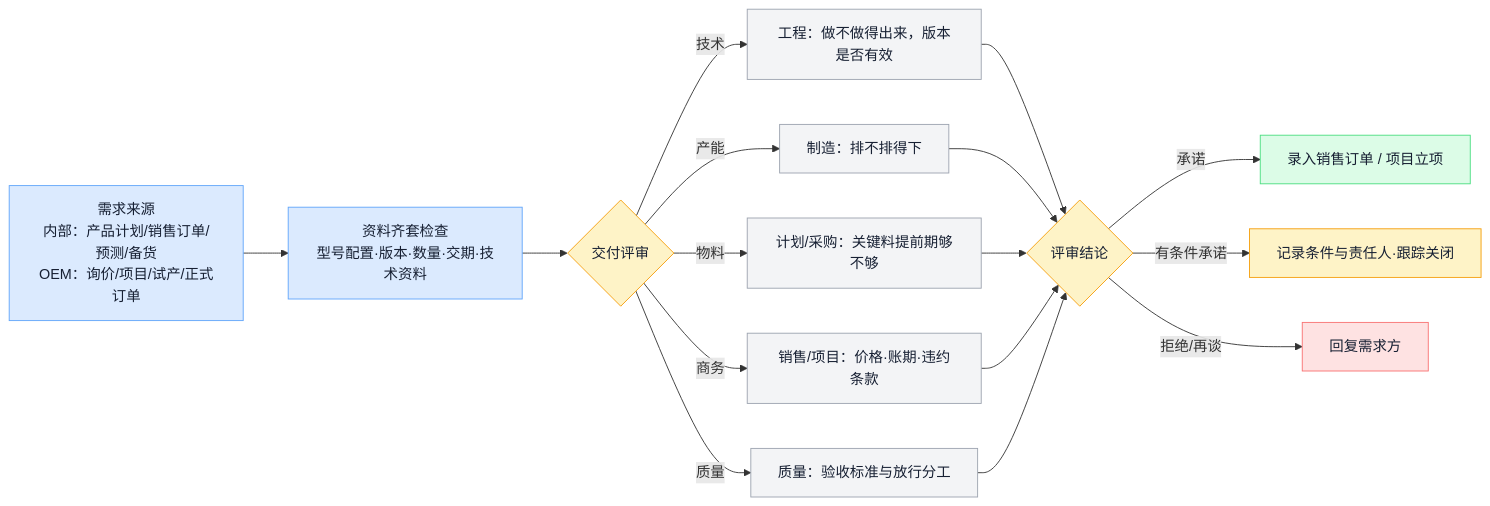
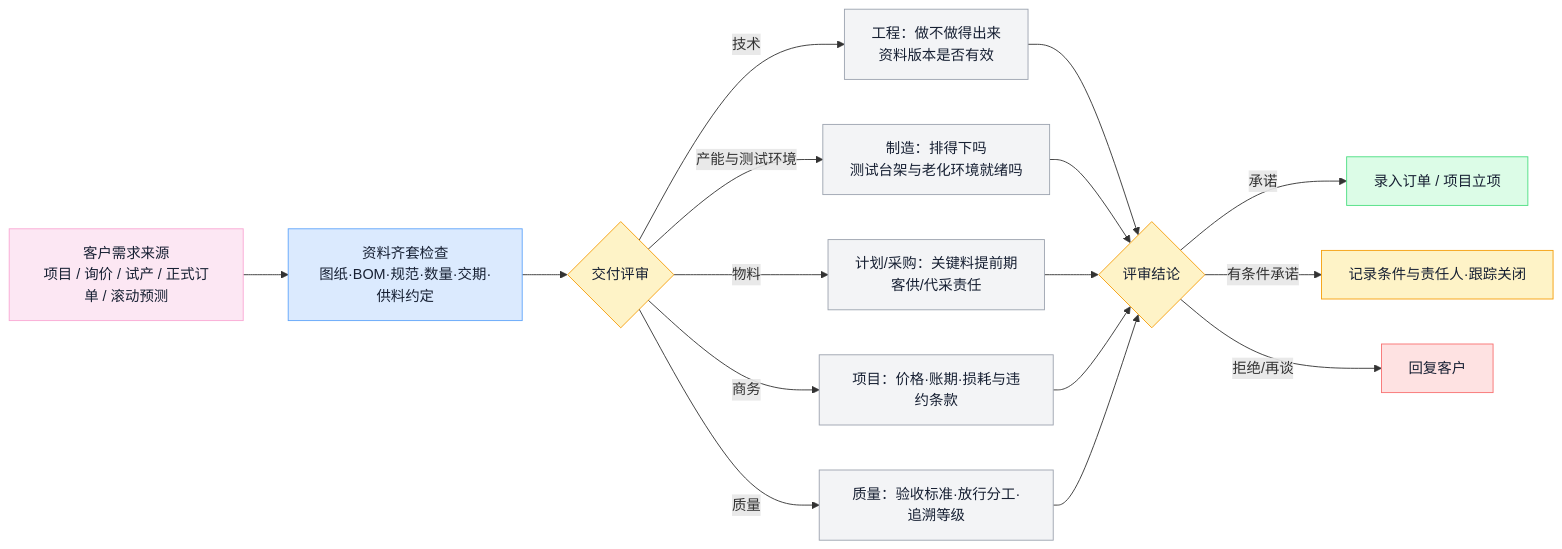
Before and after one commit to ink-hz/AI-Manufacturing-Platform: the eighth of 18 diagrams in docs/manufacturing-system-handbook.md, drawn with Mermaid. The commit also changed other lines of this file and 9 other files, not shown here.

First line of the commit message:
docs: OEM revision of handbook, architecture, flows and design document

````diff
--- a/docs/manufacturing-system-handbook.md
+++ b/docs/manufacturing-system-handbook.md
@@ -290,24 +497,26 @@
 ```mermaid
 flowchart LR
-    A[需求来源<br/>内部：产品计划/销售订单/预测/备货<br/>OEM：询价/项目/试产/正式订单] --> B[资料齐套检查<br/>型号配置·版本·数量·交期·技术资料]
-    B --> C{交付评审}
-    C -->|技术| C1[工程：做不做得出来，版本是否有效]
-    C -->|产能| C2[制造：排不排得下]
-    C -->|物料| C3[计划/采购：关键料提前期够不够]
-    C -->|商务| C4[销售/项目：价格·账期·违约条款]
-    C -->|质量| C5[质量：验收标准与放行分工]
-    C1 & C2 & C3 & C4 & C5 --> D{评审结论}
-    D -->|承诺| E[录入销售订单 / 项目立项]
-    D -->|有条件承诺| F[记录条件与责任人·跟踪关闭]
-    D -->|拒绝/再谈| G[回复需求方]
-    class A,B biz
+    A["客户需求来源<br/>项目 / 询价 / 试产 / 正式订单 / 滚动预测"] --> B["资料齐套检查<br/>图纸·BOM·规范·数量·交期·供料约定"]
+    B --> C{"交付评审"}
+    C -->|"技术"| C1["工程：做不做得出来<br/>资料版本是否有效"]
+    C -->|"产能与测试环境"| C2["制造：排得下吗<br/>测试台架与老化环境就绪吗"]
+    C -->|"物料"| C3["计划/采购：关键料提前期<br/>客供/代采责任"]
+    C -->|"商务"| C4["项目：价格·账期·损耗与违约条款"]
+    C -->|"质量"| C5["质量：验收标准·放行分工·追溯等级"]
+    C1 & C2 & C3 & C4 & C5 --> D{"评审结论"}
+    D -->|"承诺"| E["录入订单 / 项目立项"]
+    D -->|"有条件承诺"| F["记录条件与责任人·跟踪关闭"]
+    D -->|"拒绝/再谈"| G["回复客户"]
+    class A cust
+    class B biz
     class C,D,F qa
     class C1,C2,C3,C4,C5 store
     class E exec
     class G risk
+    classDef cust fill:#FCE7F3,stroke:#F9A8D4,color:#172033;
     classDef biz fill:#DBEAFE,stroke:#60A5FA,color:#172033;
     classDef qa fill:#FEF3C7,stroke:#F59E0B,color:#172033;
     classDef store fill:#F3F4F6,stroke:#9CA3AF,color:#172033;
     classDef exec fill:#DCFCE7,stroke:#4ADE80,color:#172033;
     classDef risk fill:#FEE2E2,stroke:#F87171,color:#172033;
 ```
````
